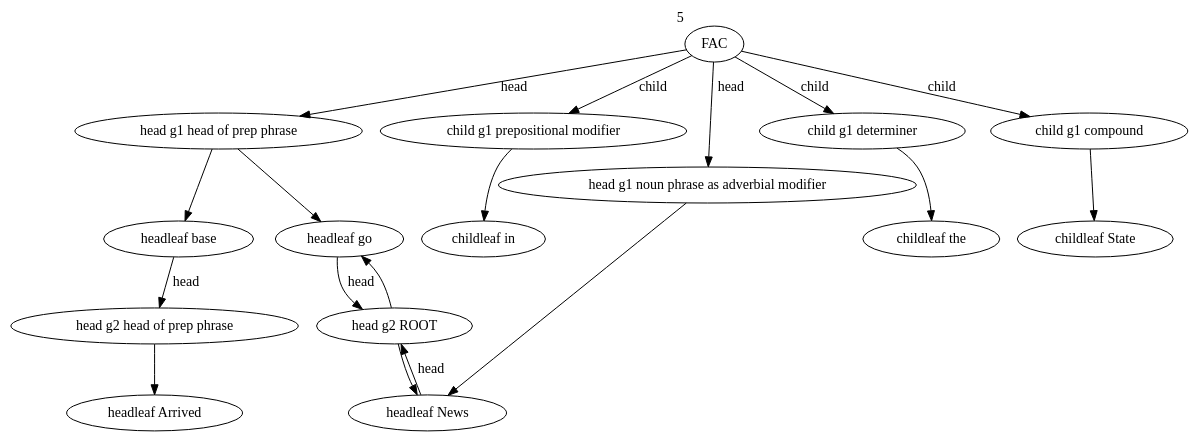
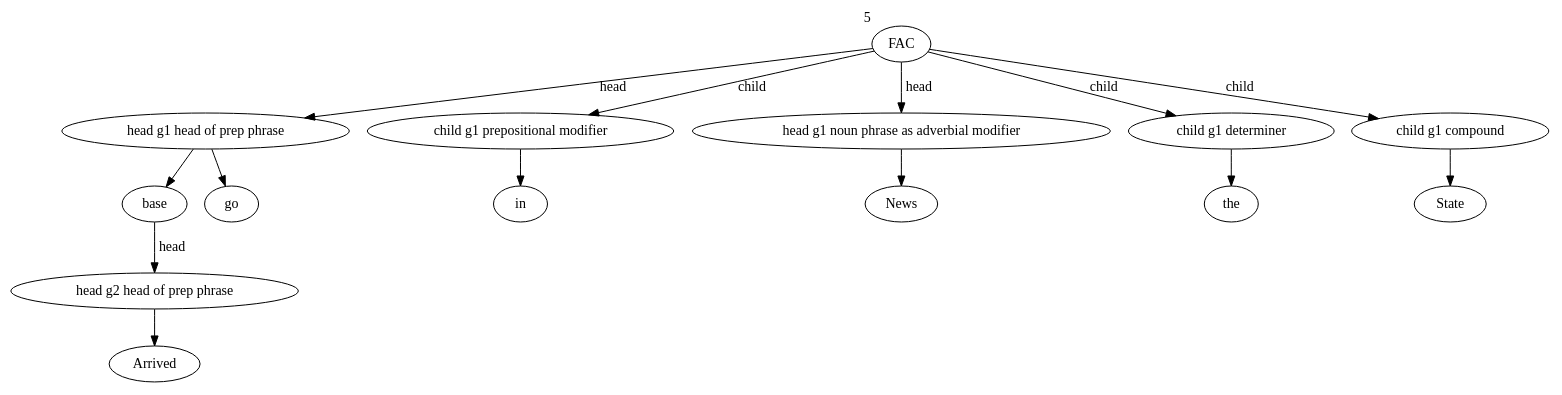
Before and after one commit to danrasband/w266-final-project: the diagram in ontonotes_graphing/NER_Type_Graphs/G_FAC.dot, drawn with Graphviz. The commit also changed 75 other files, not shown here.

```diff
--- a/ontonotes_graphing/NER_Type_Graphs/G_FAC.dot
+++ b/ontonotes_graphing/NER_Type_Graphs/G_FAC.dot
@@ -1,34 +1,29 @@
 strict digraph  {
 FAC [weight=5, xlabel=5];
 "head g1 head of prep phrase" [weight=2, lp="-1.6094379124341005"];
-"headleaf base" [weight=1, lp="-1.0986122886681098"];
+base [weight=1, lp="-0.6931471805599453"];
 "child g1 prepositional modifier" [weight=1, lp="-2.302585092994046"];
-"childleaf in" [weight=1, lp="0.0"];
+in [weight=1, lp="0.0"];
 "head g2 head of prep phrase" [weight=1, lp="0.0"];
-"headleaf Arrived" [weight=1, lp="0.0"];
-"headleaf go" [weight=2, lp="0.0"];
-"head g2 ROOT" [weight=4, lp="0.0"];
+Arrived [weight=1, lp="0.0"];
+go [weight=1, lp="-0.6931471805599453"];
 "head g1 noun phrase as adverbial modifier" [weight=3, lp="-1.2039728043259361"];
-"headleaf News" [weight=6, lp="0.0"];
+News [weight=3, lp="0.0"];
 "child g1 determiner" [weight=3, lp="-1.2039728043259361"];
-"childleaf the" [weight=3, lp="0.0"];
+the [weight=3, lp="0.0"];
 "child g1 compound" [weight=1, lp="-2.302585092994046"];
-"childleaf State" [weight=1, lp="0.0"];
+State [weight=1, lp="0.0"];
 FAC -> "head g1 head of prep phrase"  [label=head];
 FAC -> "child g1 prepositional modifier"  [label=child];
 FAC -> "head g1 noun phrase as adverbial modifier"  [label=head];
 FAC -> "child g1 determiner"  [label=child];
 FAC -> "child g1 compound"  [label=child];
-"head g1 head of prep phrase" -> "headleaf base";
-"head g1 head of prep phrase" -> "headleaf go";
-"headleaf base" -> "head g2 head of prep phrase"  [label=head];
-"child g1 prepositional modifier" -> "childleaf in";
-"head g2 head of prep phrase" -> "headleaf Arrived";
-"headleaf go" -> "head g2 ROOT"  [label=head];
-"head g2 ROOT" -> "headleaf go";
-"head g2 ROOT" -> "headleaf News";
-"head g1 noun phrase as adverbial modifier" -> "headleaf News";
-"headleaf News" -> "head g2 ROOT"  [label=head];
-"child g1 determiner" -> "childleaf the";
-"child g1 compound" -> "childleaf State";
+"head g1 head of prep phrase" -> base;
+"head g1 head of prep phrase" -> go;
+base -> "head g2 head of prep phrase"  [label=head];
+"child g1 prepositional modifier" -> in;
+"head g2 head of prep phrase" -> Arrived;
+"head g1 noun phrase as adverbial modifier" -> News;
+"child g1 determiner" -> the;
+"child g1 compound" -> State;
 }
```
